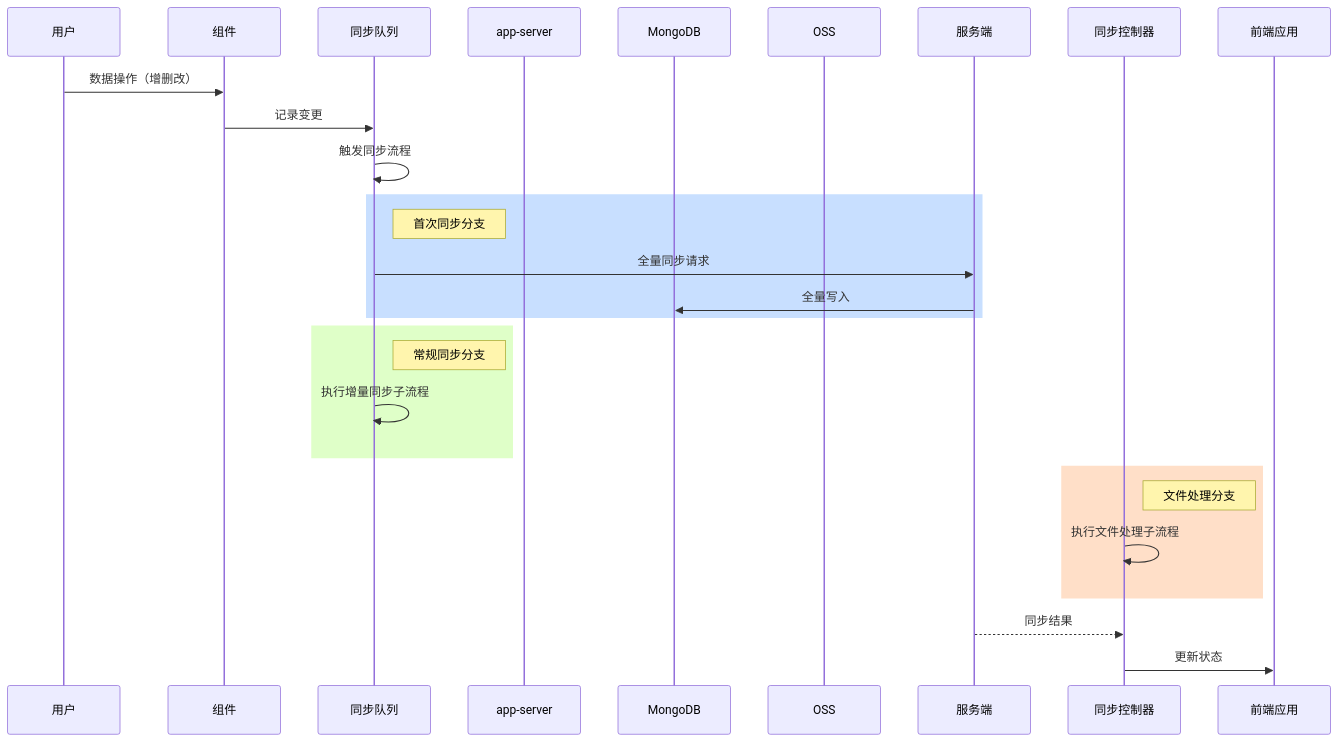
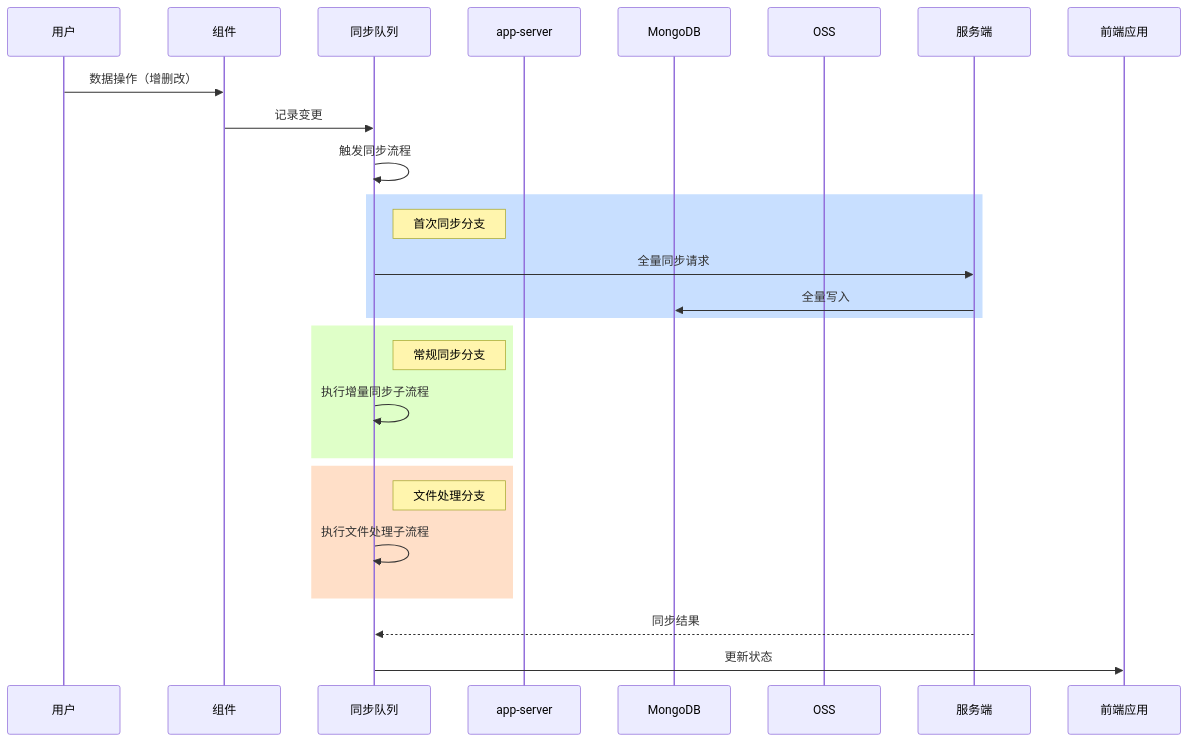
One commit to yingjianzh/iodraw-files changed the diagram in all/未命名-24.md. Above: the diagram before and after it, drawn with Mermaid.

Commit message:
2025-02-21 18:21:28 update

````diff
--- a/all/未命名-24.md
+++ b/all/未命名-24.md
@@ -1,32 +1,32 @@
 ```mermaid
 sequenceDiagram
     participant 用户
     participant 组件
     participant 同步队列
     participant app-server
     participant MongoDB
     participant OSS
 
     用户->>组件: 数据操作（增删改）
     组件->>同步队列: 记录变更
     同步队列->>同步队列: 触发同步流程
     
     rect rgb(200,223,255)
     Note right of 同步队列: 首次同步分支
     同步队列->>服务端: 全量同步请求
     服务端->>MongoDB: 全量写入
     end
 
     rect rgb(223,255,200)
     Note right of 同步队列: 常规同步分支
     同步队列->>同步队列: 执行增量同步子流程
     end
 
     rect rgb(255,223,200)
-    Note right of 同步控制器: 文件处理分支
-    同步控制器->>同步控制器: 执行文件处理子流程
+    Note right of 同步队列: 文件处理分支
+    同步队列->>同步队列: 执行文件处理子流程
     end
 
-    服务端-->>同步控制器: 同步结果
-    同步控制器->>前端应用: 更新状态
+    服务端-->>同步队列: 同步结果
+    同步队列->>前端应用: 更新状态
 ```
````
